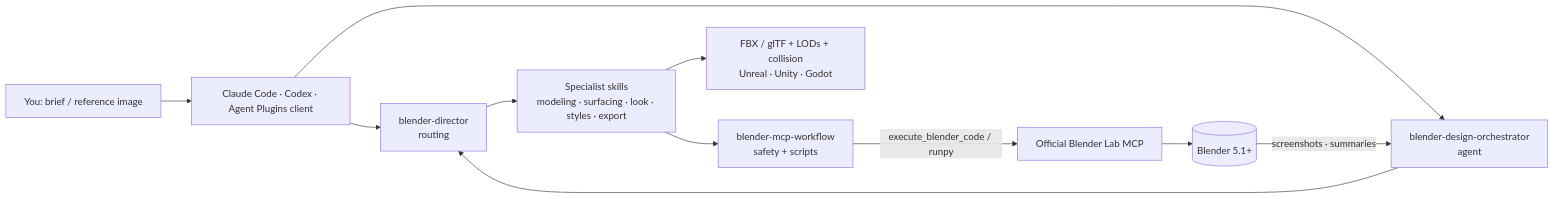
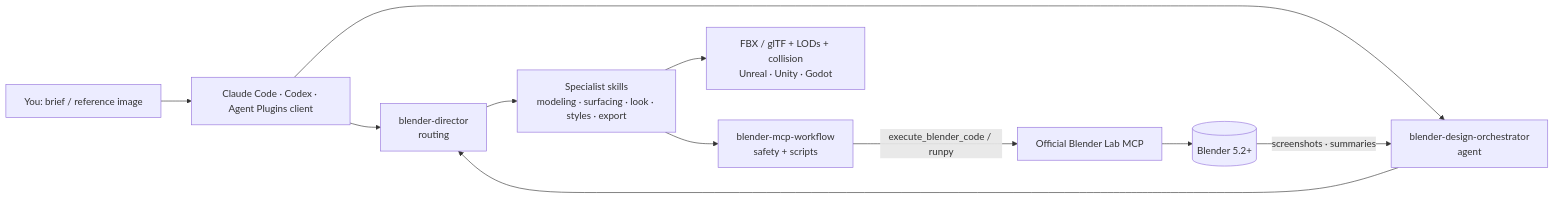
One commit to proyecto26/blender-ai-plugin changed the diagram in README.md. Above: the diagram before and after it, drawn with Mermaid. The commit also changed other lines of this file and 107 other files, not shown here.

````diff
--- a/README.md
+++ b/README.md
@@ -219,13 +219,13 @@
 ```mermaid
 flowchart LR
     U[You: brief / reference image] --> A[Claude Code · Codex · Agent Plugins client]
     A --> D[blender-director<br/>routing]
     A --> O[blender-design-orchestrator<br/>agent]
     O --> D
     D --> S[Specialist skills<br/>modeling · surfacing · look · styles · export]
     S --> W[blender-mcp-workflow<br/>safety + scripts]
     W -- execute_blender_code / runpy --> M[Official Blender Lab MCP]
-    M --> B[(Blender 5.1+)]
+    M --> B[(Blender 5.2+)]
     B -- screenshots · summaries --> O
     S --> E[FBX / glTF + LODs + collision<br/>Unreal · Unity · Godot]
 ```
````
